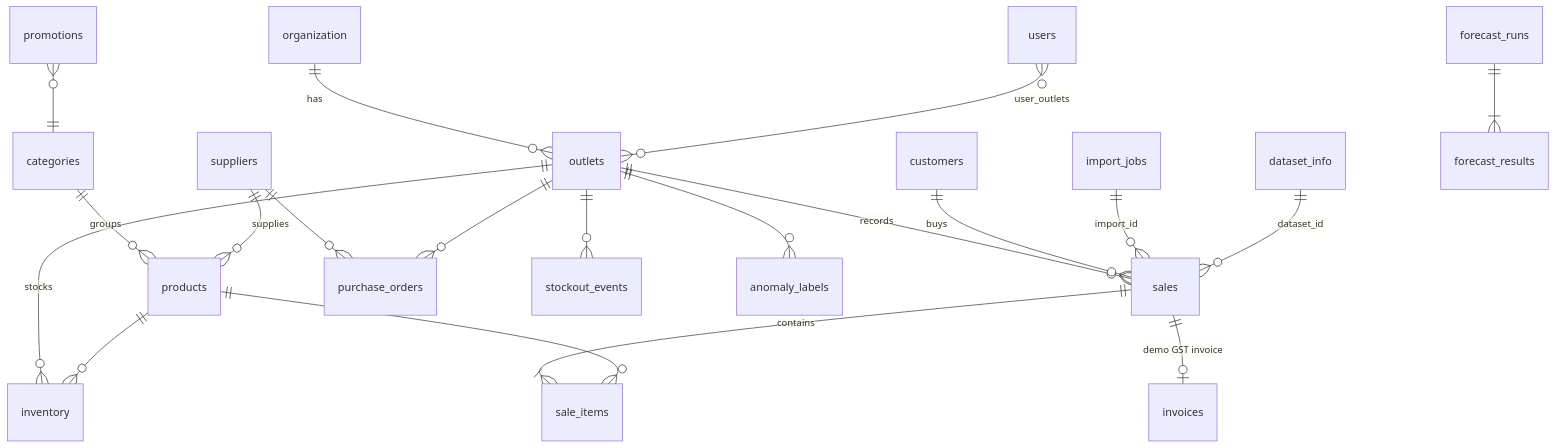
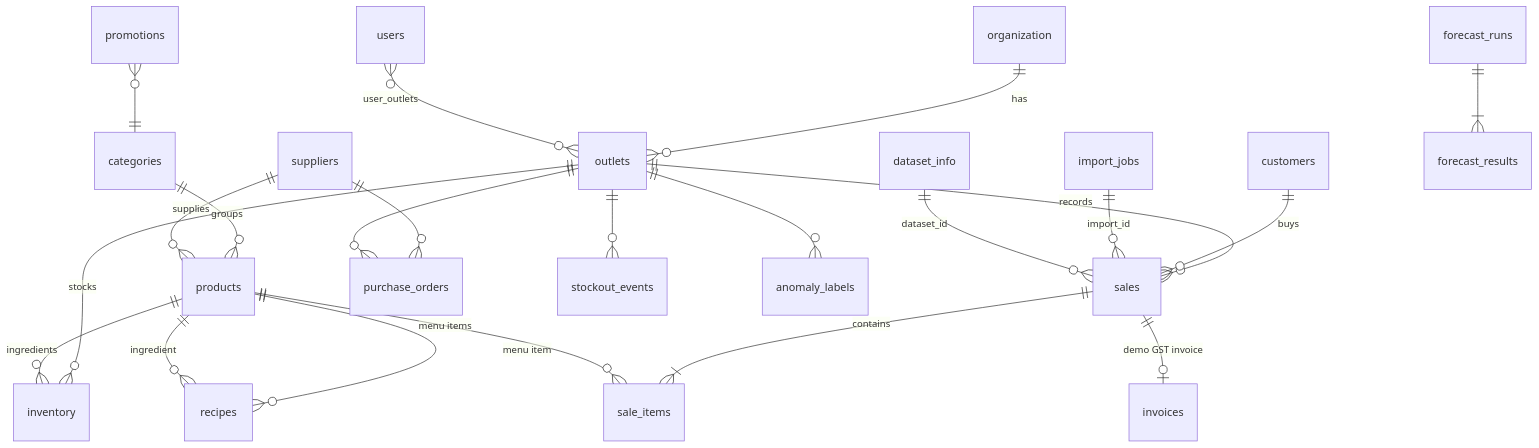
The second of 4 diagrams in docs/ARCHITECTURE.md (hellyparmar/ERIS), drawn with Mermaid before and after one commit. The commit also changed other lines of this file and 87 other files, not shown here.

````diff
--- a/docs/ARCHITECTURE.md
+++ b/docs/ARCHITECTURE.md
@@ -45,22 +45,24 @@
 ```mermaid
 erDiagram
   organization ||--o{ outlets : has
   outlets ||--o{ inventory : stocks
-  products ||--o{ inventory : ""
+  products ||--o{ inventory : "ingredients"
+  products ||--o{ recipes : "menu item"
+  recipes }o--|| products : "ingredient"
   categories ||--o{ products : groups
   suppliers ||--o{ products : supplies
   users }o--o{ outlets : "user_outlets"
   outlets ||--o{ sales : records
   customers ||--o{ sales : buys
   sales ||--|{ sale_items : contains
-  products ||--o{ sale_items : ""
+  products ||--o{ sale_items : "menu items"
   sales ||--o| invoices : "demo GST invoice"
   import_jobs ||--o{ sales : "import_id"
   dataset_info ||--o{ sales : "dataset_id"
   suppliers ||--o{ purchase_orders : ""
   outlets ||--o{ purchase_orders : ""
   forecast_runs ||--|{ forecast_results : ""
   promotions }o--|| categories : ""
   outlets ||--o{ stockout_events : ""
   outlets ||--o{ anomaly_labels : ""
 ```
````
